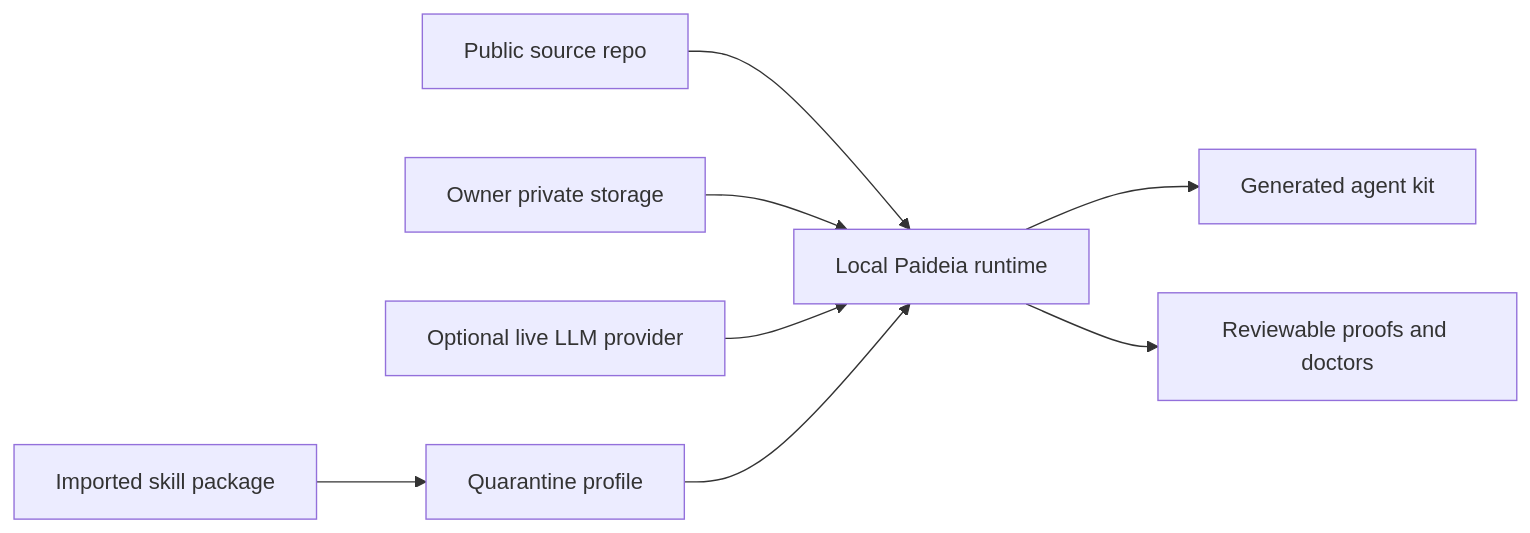
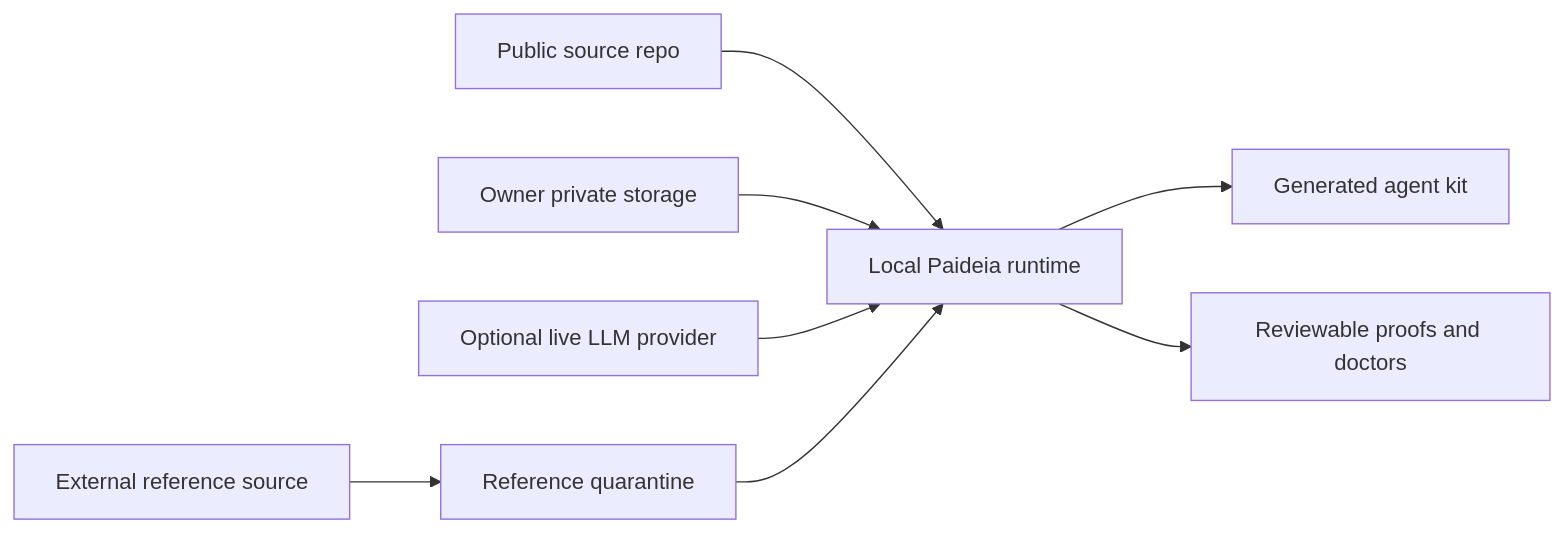
The diagram in docs/security_threat_model.md (sinmb79/Paideia-Agent), drawn with Mermaid before and after one commit. The commit also changed other lines of this file and 19 other files, not shown here.

Commit message:
Apply external reference quarantine upgrade

````diff
--- a/docs/security_threat_model.md
+++ b/docs/security_threat_model.md
@@ -33,10 +33,10 @@
 ```mermaid
 flowchart LR
     PublicRepo["Public source repo"] --> LocalRuntime["Local Paideia runtime"]
     PrivateStore["Owner private storage"] --> LocalRuntime
     LocalRuntime --> GeneratedKit["Generated agent kit"]
     ExternalLLM["Optional live LLM provider"] --> LocalRuntime
-    ImportedSkill["Imported skill package"] --> Quarantine["Quarantine profile"]
+    ImportedSkill["External reference source"] --> Quarantine["Reference quarantine"]
     Quarantine --> LocalRuntime
     LocalRuntime --> Proofs["Reviewable proofs and doctors"]
 ```
````
